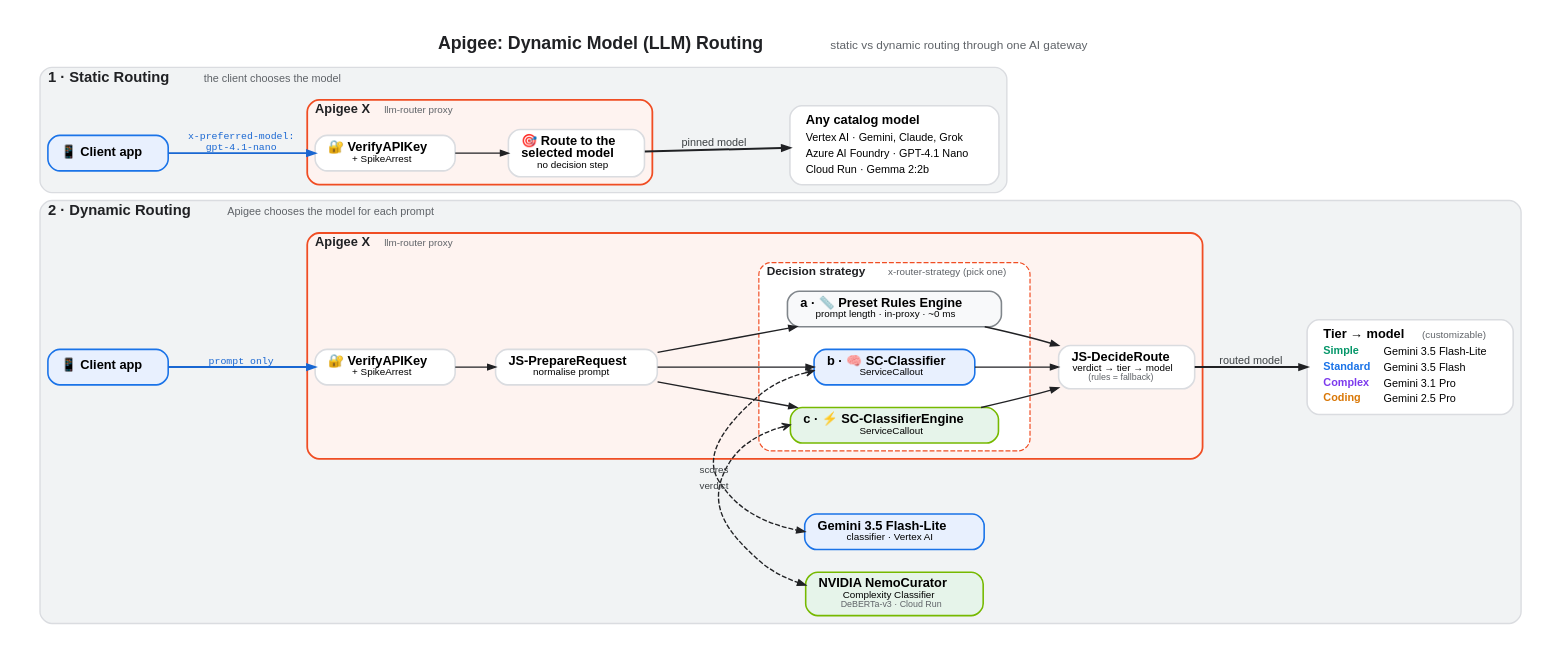
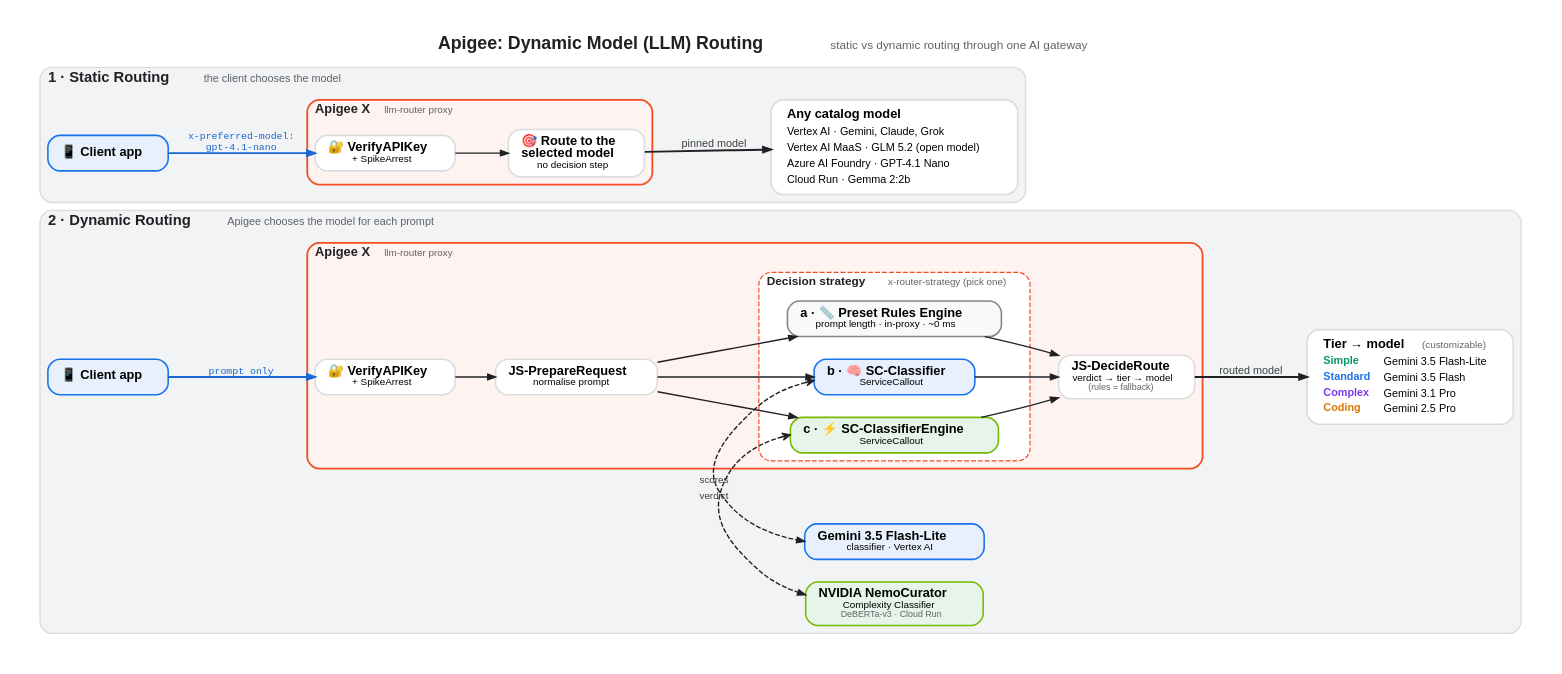
The diagram in docs/architecture.dot (welylau/apigee-model-routing-demo), drawn with Graphviz before and after one commit. The commit also changed 19 other files, not shown here.

First line of the commit message:
Add GLM 5.2 via Vertex AI MaaS

```diff
--- a/docs/architecture.dot
+++ b/docs/architecture.dot
@@ -1,86 +1,87 @@
 // Architecture overview: Static vs Dynamic routing through Apigee. Shown in the UI's "View Architecture Diagram" modal.
 // Render: dot -Tpng -Gdpi=170 docs/architecture.dot -o docs/architecture.png && cp docs/architecture.png web-ui/public/assets/architecture.png
 digraph Architecture {
   graph [rankdir=LR, fontname="Helvetica", bgcolor="white", pad=0.35, nodesep=0.32, ranksep=0.55, newrank=true, compound=true,
          label=<<b>Apigee: Dynamic Model (LLM) Routing</b>  <font point-size="12" color="#5f6368">static vs dynamic routing through one AI gateway</font>>,
          labelloc=t, fontsize=18, fontcolor="#202124"];
   node  [fontname="Helvetica", fontsize=13, shape=box, style="rounded,filled", fillcolor="#ffffff", color="#dadce0", penwidth=1.6, margin="0.18,0.09"];
   edge  [fontname="Helvetica", fontsize=11, color="#202124", fontcolor="#3c4043", penwidth=1.4, arrowsize=0.8];
 
   // ---------------- 2. Dynamic routing ----------------
   subgraph cluster_dynamic {
     label=<<b>2 · Dynamic Routing</b>  <font point-size="11" color="#5f6368">Apigee chooses the model for each prompt</font>>;
     labeljust=l; fontsize=15; style="rounded,filled"; fillcolor="#f1f3f4"; color="#dadce0"; penwidth=1.4;
 
     d_client [label=<<b>📱 Client app</b>>, fillcolor="#e8f0fe", color="#1a73e8"];
 
     subgraph cluster_d_apigee {
       label=<<b>Apigee X</b> <font point-size="10" color="#5f6368">llm-router proxy</font>>; labeljust=l; fontsize=13;
       style="rounded,filled"; fillcolor="#fef3f0"; color="#f04d23"; penwidth=1.8;
       d_sec  [label=<<b>🔐 VerifyAPIKey</b><br/><font point-size="10">+ SpikeArrest</font>>];
       d_prep [label=<<b>JS-PrepareRequest</b><br/><font point-size="10">normalise prompt</font>>];
 
       subgraph cluster_options {
         label=<<b>Decision strategy</b> <font point-size="10" color="#5f6368">x-router-strategy (pick one)</font>>; labeljust=l; fontsize=12;
         style="rounded,dashed,filled"; fillcolor="#ffffff"; color="#f04d23"; penwidth=1.2;
         opt_c [label=<<b>c · ⚡ SC-ClassifierEngine</b><br/><font point-size="10">ServiceCallout</font>>, fillcolor="#e6f4ea", color="#76b900"];
         opt_b [label=<<b>b · 🧠 SC-Classifier</b><br/><font point-size="10">ServiceCallout</font>>, fillcolor="#e8f0fe", color="#1a73e8"];
         opt_a [label=<<b>a · 📏 Preset Rules Engine</b><br/><font point-size="10">prompt length · in-proxy · ~0 ms</font>>, fillcolor="#f8f9fa", color="#80868b"];
       }
       d_decide [label=<<b>JS-DecideRoute</b><br/><font point-size="10">verdict → tier → model</font><br/><font point-size="9" color="#5f6368">(rules = fallback)</font>>];
     }
 
     gemini_cls [label=<<b>Gemini 3.5 Flash-Lite</b><br/><font point-size="10">classifier · Vertex AI</font>>, fillcolor="#e8f0fe", color="#1a73e8"];
     nvidia_cls [label=<<b>NVIDIA NemoCurator</b><br/><font point-size="10">Complexity Classifier</font><br/><font point-size="9" color="#5f6368">DeBERTa-v3 · Cloud Run</font>>, fillcolor="#e6f4ea", color="#76b900"];
 
     d_models [shape=box, style="rounded,filled", fillcolor="#ffffff", color="#dadce0", label=<
       <table border="0" cellborder="0" cellspacing="2" cellpadding="1">
         <tr><td align="left" colspan="2"><b>Tier → model</b> <font point-size="10" color="#5f6368">(customizable)</font></td></tr>
         <tr><td align="left"><font point-size="11" color="#059669"><b>Simple</b></font></td><td align="left"><font point-size="11">Gemini 3.5 Flash-Lite</font></td></tr>
         <tr><td align="left"><font point-size="11" color="#1a73e8"><b>Standard</b></font></td><td align="left"><font point-size="11">Gemini 3.5 Flash</font></td></tr>
         <tr><td align="left"><font point-size="11" color="#7c3aed"><b>Complex</b></font></td><td align="left"><font point-size="11">Gemini 3.1 Pro</font></td></tr>
         <tr><td align="left"><font point-size="11" color="#d97706"><b>Coding</b></font></td><td align="left"><font point-size="11">Gemini 2.5 Pro</font></td></tr>
       </table>>];
 
     d_client -> d_sec [label=<<font face="Courier" point-size="10">prompt only</font>>, color="#1967d2", fontcolor="#1967d2", penwidth=2];
     d_sec -> d_prep;
     d_prep -> opt_c; d_prep -> opt_b; d_prep -> opt_a;
     opt_b -> gemini_cls [dir=both, style=dashed, arrowtail=vee, label="verdict", fontsize=10];
     opt_c -> nvidia_cls [dir=both, style=dashed, arrowtail=vee, label="scores", fontsize=10];
     opt_c -> d_decide; opt_b -> d_decide; opt_a -> d_decide;
     d_decide -> d_models [label="routed model", penwidth=2];
   }
 
   // ---------------- 1. Static routing ----------------
   subgraph cluster_static {
     label=<<b>1 · Static Routing</b>  <font point-size="11" color="#5f6368">the client chooses the model</font>>;
     labeljust=l; fontsize=15; style="rounded,filled"; fillcolor="#f1f3f4"; color="#dadce0"; penwidth=1.4;
 
     s_client [label=<<b>📱 Client app</b>>, fillcolor="#e8f0fe", color="#1a73e8"];
 
     subgraph cluster_s_apigee {
       label=<<b>Apigee X</b> <font point-size="10" color="#5f6368">llm-router proxy</font>>; labeljust=l; fontsize=13;
       style="rounded,filled"; fillcolor="#fef3f0"; color="#f04d23"; penwidth=1.8;
       s_sec   [label=<<b>🔐 VerifyAPIKey</b><br/><font point-size="10">+ SpikeArrest</font>>];
       s_route [label=<<b>🎯 Route to the<br/>selected model</b><br/><font point-size="10">no decision step</font>>];
     }
 
     s_models [shape=box, style="rounded,filled", fillcolor="#ffffff", color="#dadce0", label=<
       <table border="0" cellborder="0" cellspacing="2" cellpadding="1">
         <tr><td align="left"><b>Any catalog model</b></td></tr>
         <tr><td align="left"><font point-size="11">Vertex AI · Gemini, Claude, Grok</font></td></tr>
+        <tr><td align="left"><font point-size="11">Vertex AI MaaS · GLM 5.2 (open model)</font></td></tr>
         <tr><td align="left"><font point-size="11">Azure AI Foundry · GPT-4.1 Nano</font></td></tr>
         <tr><td align="left"><font point-size="11">Cloud Run · Gemma 2:2b</font></td></tr>
       </table>>];
 
     s_client -> s_sec [label=<<font face="Courier" point-size="10">x-preferred-model:<br/>gpt-4.1-nano</font>>, color="#1967d2", fontcolor="#1967d2", penwidth=2];
     s_sec -> s_route;
     s_route -> s_models [label="pinned model", penwidth=2];
   }
 
   // keep the static section on top and columns aligned
   { rank=same; s_client; d_client; }
   { rank=same; opt_a; opt_b; opt_c; gemini_cls; nvidia_cls; }
   { rank=same; s_sec; d_sec; }
   d_client -> s_client [style=invis, weight=0];
 }
```
